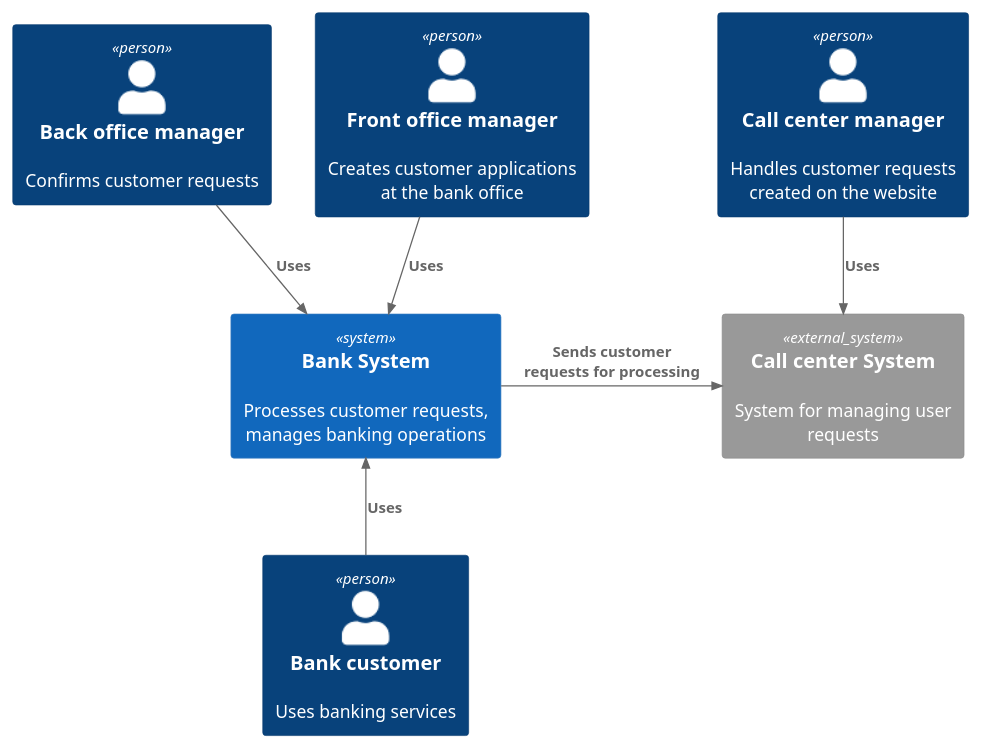
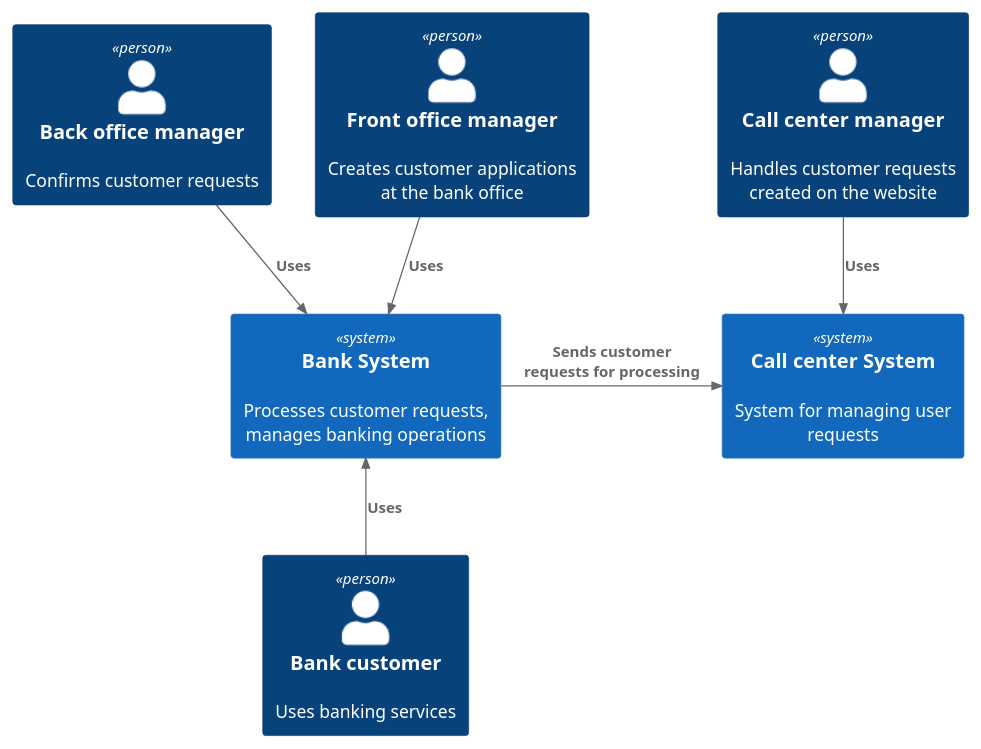
One commit to Madm1key/architecture-standart changed the diagram in Task3/С4_Context.puml. Above: the diagram before and after it, drawn with PlantUML. The commit also changed 4 other files, not shown here.

Commit message:
feat: update C4 model to include call center systems and SMS gateway

```diff
--- a/Task3/С4_Context.puml
+++ b/Task3/С4_Context.puml
@@ -1,16 +1,16 @@
 @startuml
 !include https://raw.githubusercontent.com/plantuml-stdlib/C4-PlantUML/master/C4_Context.puml
 
 Person(customer, "Bank customer", "Uses banking services")
 Person(ccm, "Call center manager", "Handles customer requests created on the website")
 Person(bom, "Back office manager", "Confirms customer requests")
 Person(fom, "Front office manager", "Creates customer applications at the bank office")
 System(app, "Bank System", "Processes customer requests, manages banking operations")
-System_Ext(ccSystem, "Call center System", $descr="System for managing user requests")
+System(ccSystem, "Call center System", $descr="System for managing user requests")
 
 Rel(ccm, ccSystem, "Uses")
 Rel_U(customer, app, "Uses")
 Rel(bom, app, "Uses")
 Rel(fom, app, "Uses")
 Rel_R(app, ccSystem, "Sends customer requests for processing")
 @enduml
```
